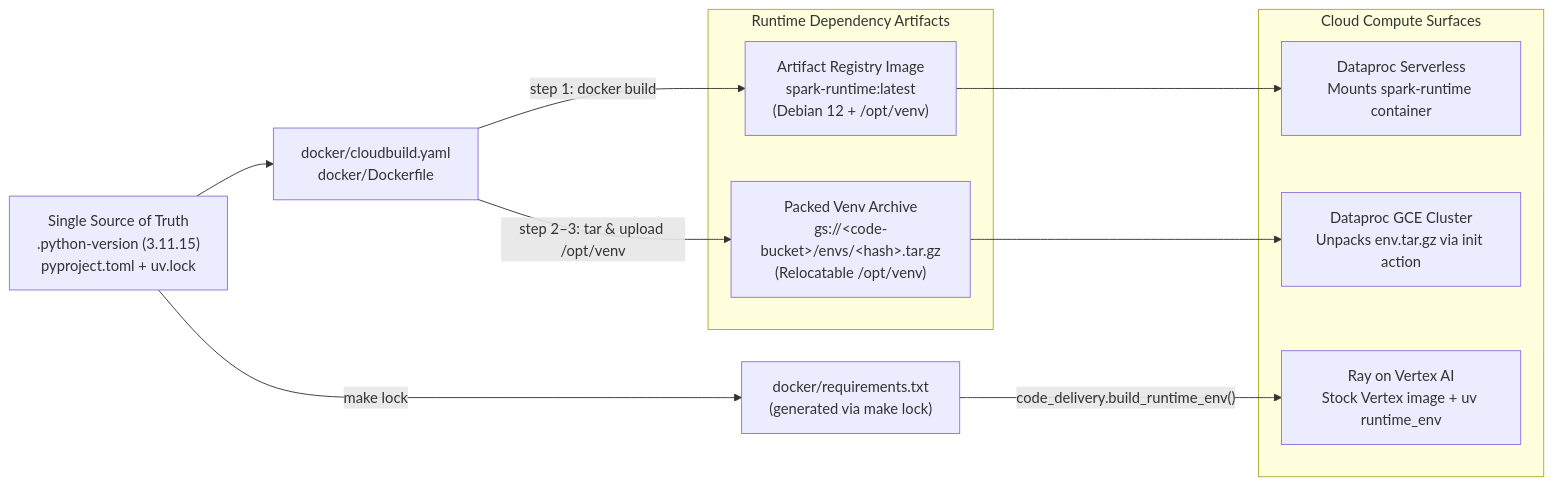
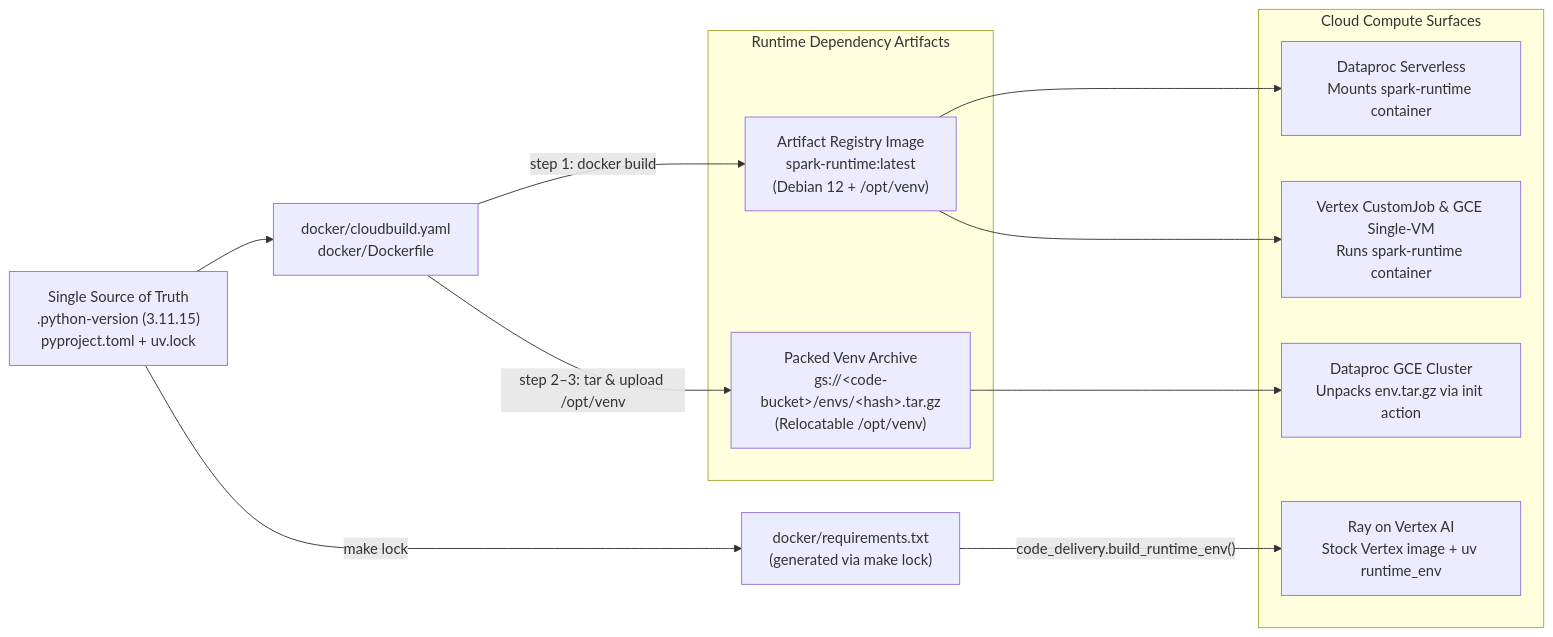
One commit to statmike/scale-forecasting changed the diagram in docker/README.md. Above: the diagram before and after it, drawn with Mermaid. The commit also changed other lines of this file and 69 other files, not shown here.

First line of the commit message:
feat(compute): add vertex and gce runtimes, unified compute params, GPU-VM catalog, and AGENTS.md

````diff
--- a/docker/README.md
+++ b/docker/README.md
@@ -10,25 +10,26 @@
 ```mermaid
 flowchart LR
     lock["Single Source of Truth<br/>.python-version (3.11.15)<br/>pyproject.toml + uv.lock"]
     req["docker/requirements.txt<br/>(generated via make lock)"]
     cb["docker/cloudbuild.yaml<br/>docker/Dockerfile"]
 
     subgraph artifacts["Runtime Dependency Artifacts"]
         img["Artifact Registry Image<br/>spark-runtime:latest<br/>(Debian 12 + /opt/venv)"]
         venv["Packed Venv Archive<br/>gs://&lt;code-bucket&gt;/envs/&lt;hash&gt;.tar.gz<br/>(Relocatable /opt/venv)"]
     end
 
     subgraph surfaces["Cloud Compute Surfaces"]
         sls["Dataproc Serverless<br/>Mounts spark-runtime container"]
+        vtx["Vertex CustomJob & GCE Single-VM<br/>Runs spark-runtime container"]
         cls["Dataproc GCE Cluster<br/>Unpacks env.tar.gz via init action"]
         ray["Ray on Vertex AI<br/>Stock Vertex image + uv runtime_env"]
     end
 
     lock -->|"make lock"| req
     lock --> cb
     cb -->|"step 1: docker build"| img
     cb -->|"step 2–3: tar & upload /opt/venv"| venv
-    img --> sls
+    img --> sls & vtx
     venv --> cls
     req -->|"code_delivery.build_runtime_env()"| ray
 ```
````
